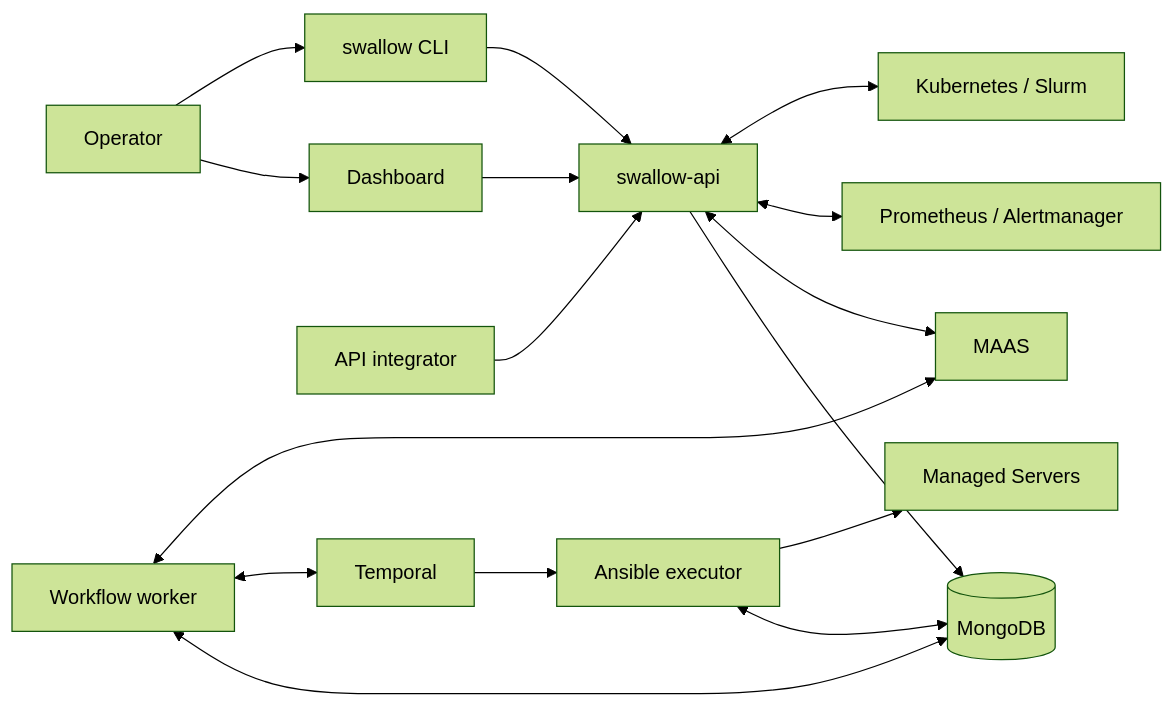
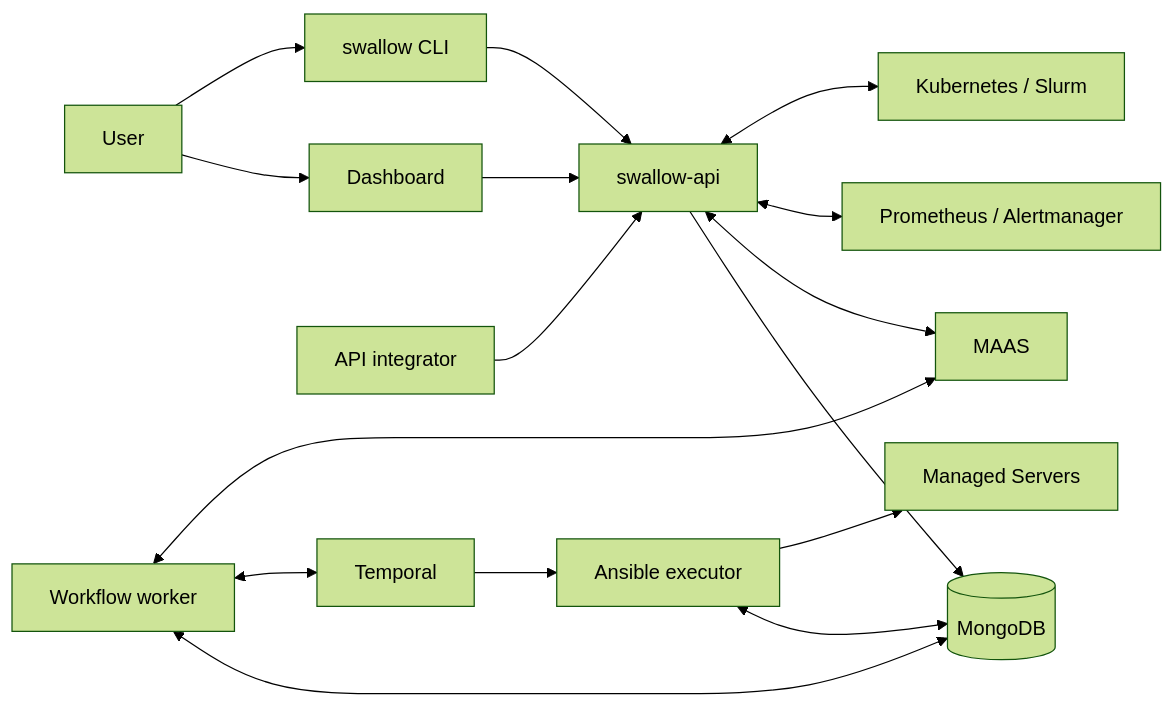
The diagram in README.md (maple52046/swallow), drawn with Mermaid (forest theme) before and after one commit. The commit also changed 116 other files, not shown here.

````diff
--- a/README.md
+++ b/README.md
@@ -38,18 +38,18 @@
 ```mermaid
 flowchart LR
-    operator[Operator] --> dashboard[Dashboard]
-    operator --> cli[swallow CLI]
+    user[User] --> dashboard[Dashboard]
+    user --> cli[swallow CLI]
     integrator[API integrator] --> api[swallow-api]
     dashboard --> api
     cli --> api
     api --> mongo[(MongoDB)]
     worker[Workflow worker] <--> mongo
     worker <--> temporal[Temporal]
     temporal --> ansible[Ansible executor]
     ansible <--> mongo
     api <--> maas[MAAS]
     worker <--> maas
     api <--> monitoring[Prometheus / Alertmanager]
     api <--> platforms[Kubernetes / Slurm]
     ansible --> servers[Managed Servers]
 ```
````
